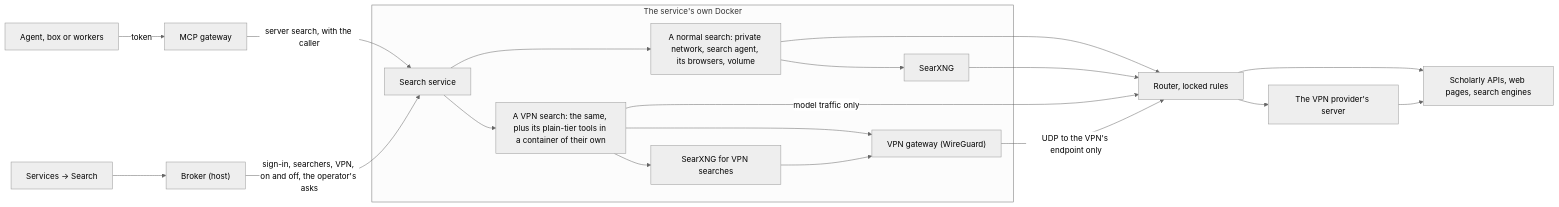
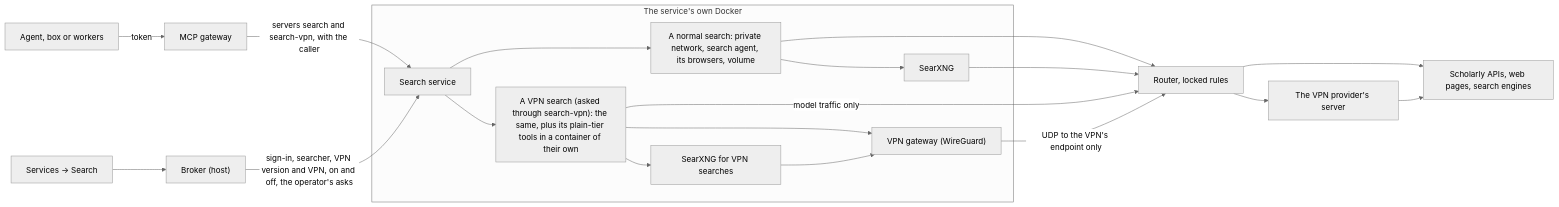
The diagram in docs/architecture/Search.md (joaopn/research-sandbox), drawn with Mermaid (neutral theme) before and after one commit. The commit also changed other lines of this file and 5 other files, not shown here.

First line of the commit message:
feat(webui): the Search settings are one form with an Enable the VPN version box that shows the VPN section

````diff
--- a/docs/architecture/Search.md
+++ b/docs/architecture/Search.md
@@ -22,22 +22,22 @@
 ```mermaid
 flowchart LR
   agent["Agent, box or workers"] -->|"token"| gateway["MCP gateway"]
-  gateway -->|"server search, with the caller"| service["Search service"]
+  gateway -->|"servers search and search-vpn, with the caller"| service["Search service"]
   page["Services → Search"] --> broker["Broker (host)"]
-  broker -->|"sign-in, searchers, VPN, on and off, the operator's asks"| service
+  broker -->|"sign-in, searcher, VPN version and VPN, on and off, the operator's asks"| service
   subgraph inner["The service's own Docker"]
     service --> search1["A normal search: private network, search agent, its browsers, volume"]
     search1 --> searxng["SearXNG"]
-    service --> search2["A VPN search: the same, plus its plain-tier tools in a container of their own"]
+    service --> search2["A VPN search (asked through search-vpn): the same, plus its plain-tier tools in a container of their own"]
     search2 --> searxng2["SearXNG for VPN searches"]
     search2 --> wg["VPN gateway (WireGuard)"]
     searxng2 --> wg
   end
   search1 --> router["Router, locked rules"]
   searxng --> router
   search2 -->|"model traffic only"| router
   wg -->|"UDP to the VPN's endpoint only"| router
   router --> web["Scholarly APIs, web pages, search engines"]
   router --> vpnserver["The VPN provider's server"]
   vpnserver --> web
 ```
````
